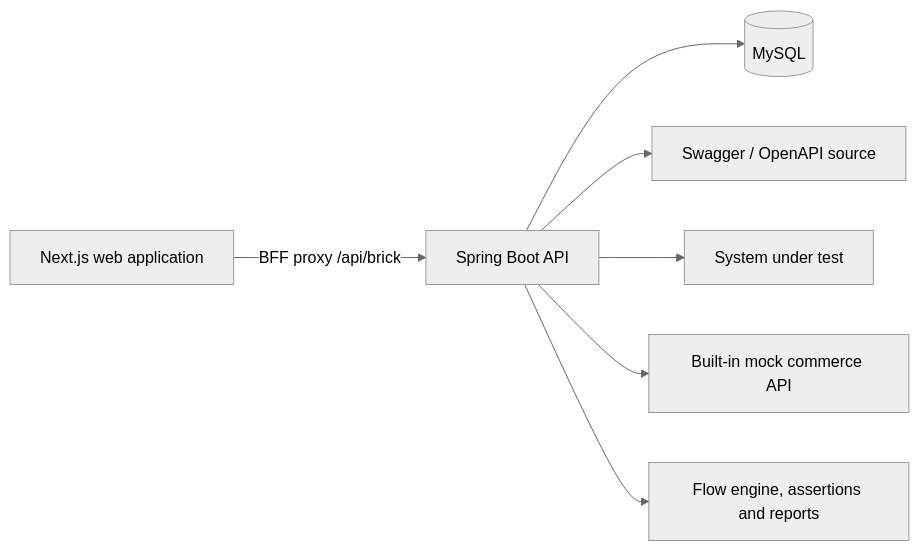
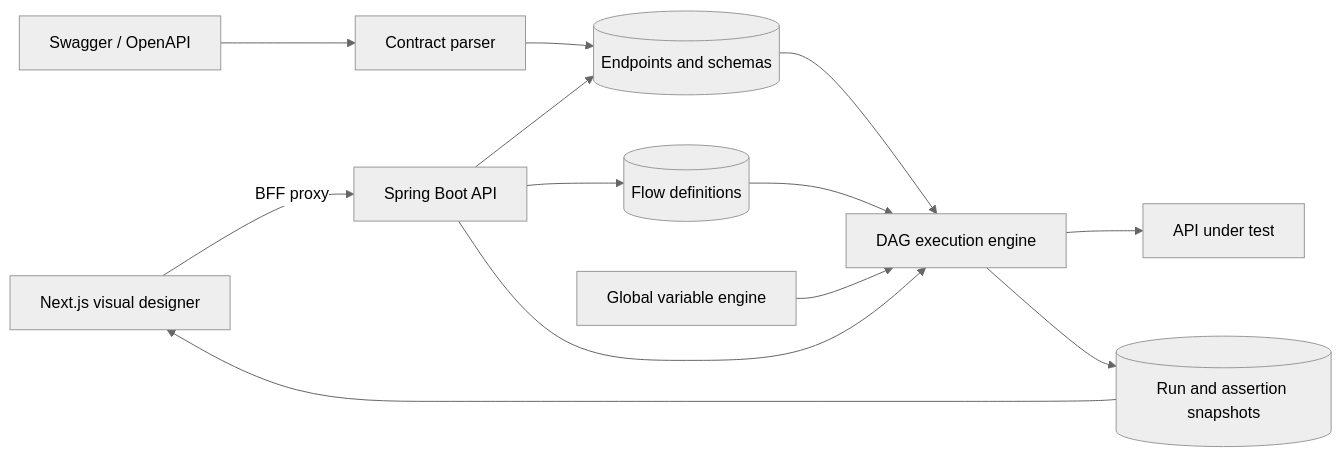
The first of 2 diagrams in README.md (graham-gc/brick-platform-backend), drawn with Mermaid (neutral theme) before and after one commit. The commit also changed other lines of this file and 14 other files, not shown here.

First line of the commit message:
feat: add global variable data source support

````diff
--- a/README.md
+++ b/README.md
@@ -27,9 +64,15 @@
 ```mermaid
 flowchart LR
-    UI["Next.js web application"] -->|"BFF proxy /api/brick"| API["Spring Boot API"]
-    API --> DB[("MySQL")]
-    API --> SPEC["Swagger / OpenAPI source"]
-    API --> SUT["System under test"]
-    API --> MOCK["Built-in mock commerce API"]
-    API --> RUNS["Flow engine, assertions and reports"]
+    UI["Next.js visual designer"] -->|"BFF proxy"| API["Spring Boot API"]
+    SPEC["Swagger / OpenAPI"] --> PARSER["Contract parser"]
+    PARSER --> DEFINITIONS[("Endpoints and schemas")]
+    API --> DEFINITIONS
+    API --> FLOWS[("Flow definitions")]
+    API --> ENGINE["DAG execution engine"]
+    DEFINITIONS --> ENGINE
+    FLOWS --> ENGINE
+    GLOBALS["Global variable engine"] --> ENGINE
+    ENGINE --> SUT["API under test"]
+    ENGINE --> RUNS[("Run and assertion snapshots")]
+    RUNS --> UI
 ```
````
